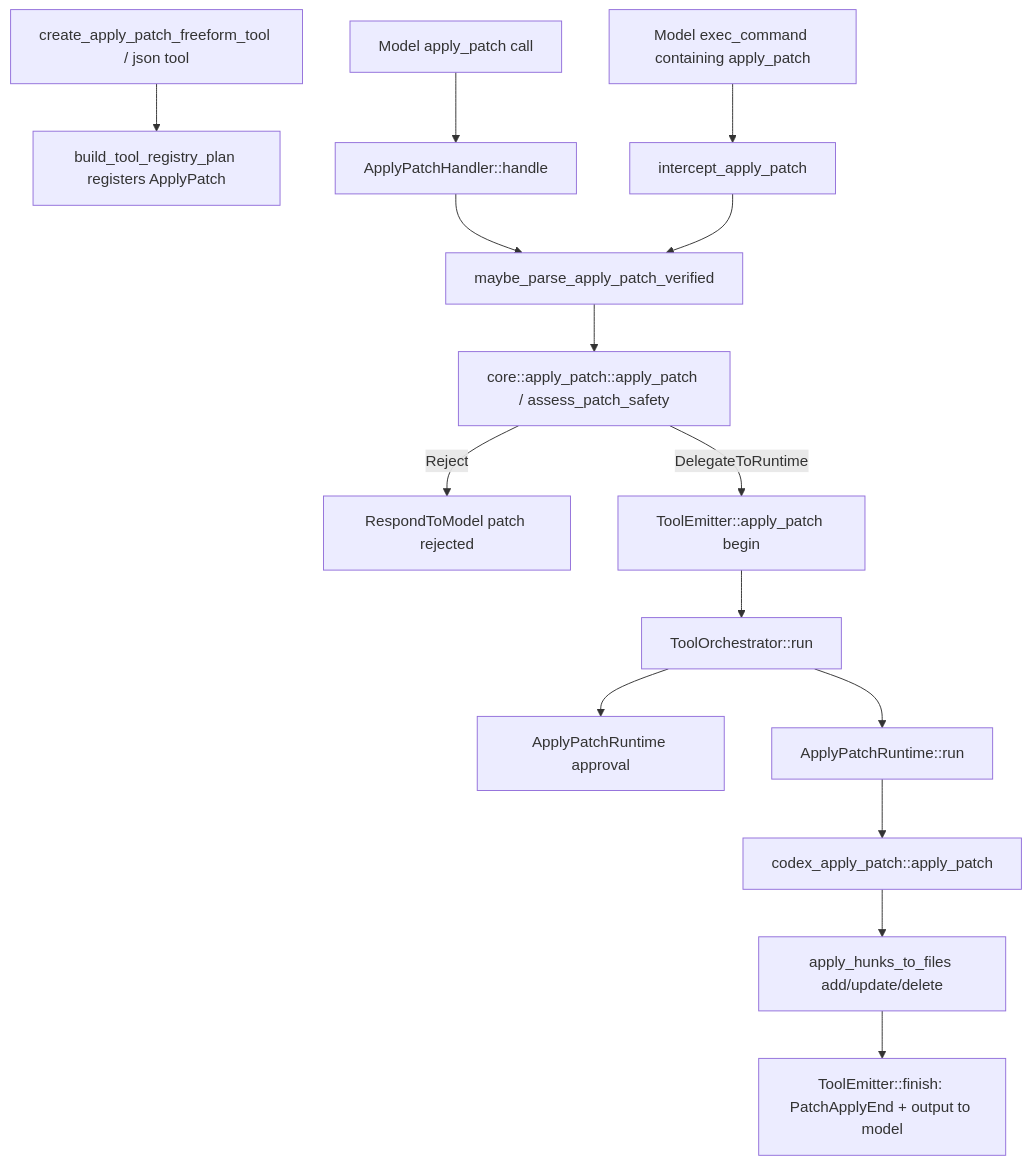
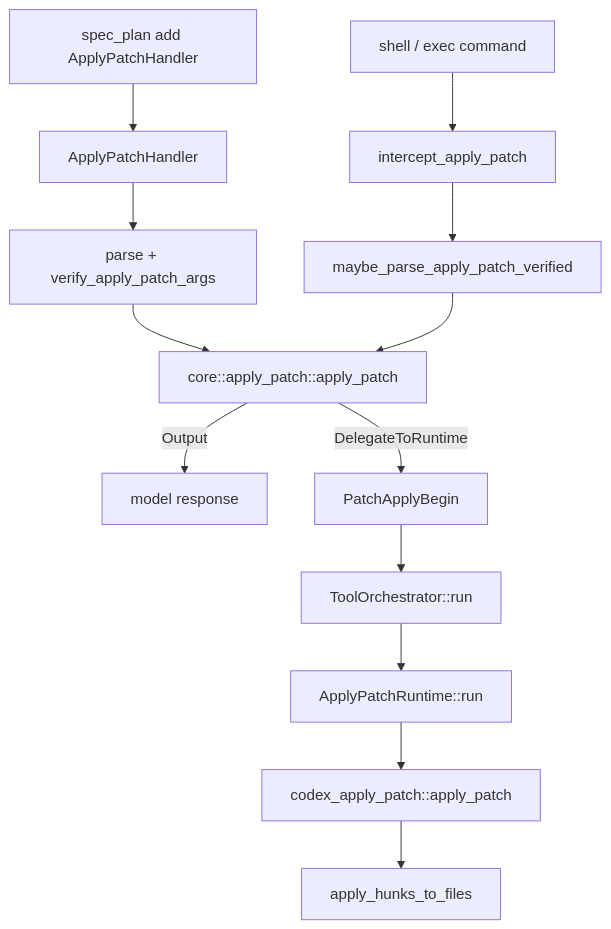
Before and after one commit to wdnmdtonyma/SOTA-Agent-LLM-Wiki: the diagram in docs/llm-wiki/codex/spine/trace-apply-patch.md, drawn with Mermaid. The commit also changed other lines of this file and 188 other files, not shown here.

````diff
--- a/docs/llm-wiki/codex/spine/trace-apply-patch.md
+++ b/docs/llm-wiki/codex/spine/trace-apply-patch.md
@@ -24,17 +24,15 @@
 ```mermaid
 flowchart TD
-    SPEC["create_apply_patch_freeform_tool / json tool"] --> PLAN["build_tool_registry_plan registers ApplyPatch"]
-    MODEL["Model apply_patch call"] --> HANDLER["ApplyPatchHandler::handle"]
-    SHELL["Model exec_command containing apply_patch"] --> INTERCEPT["intercept_apply_patch"]
-    HANDLER --> VERIFY["maybe_parse_apply_patch_verified"]
-    INTERCEPT --> VERIFY
-    VERIFY --> SAFETY["core::apply_patch::apply_patch / assess_patch_safety"]
-    SAFETY -->|Reject| MODELERR["RespondToModel patch rejected"]
-    SAFETY -->|DelegateToRuntime| EMITTER["ToolEmitter::apply_patch begin"]
-    EMITTER --> ORCH["ToolOrchestrator::run"]
-    ORCH --> APPROVAL["ApplyPatchRuntime approval"]
-    ORCH --> RUN["ApplyPatchRuntime::run"]
-    RUN --> LIB["codex_apply_patch::apply_patch"]
-    LIB --> FS["apply_hunks_to_files add/update/delete"]
-    FS --> END["ToolEmitter::finish: PatchApplyEnd + output to model"]
+    SPEC["spec_plan add ApplyPatchHandler"] --> DIRECT["ApplyPatchHandler"]
+    SHELL["shell / exec command"] --> INTERCEPT["intercept_apply_patch"]
+    DIRECT --> VERIFY["parse + verify_apply_patch_args"]
+    INTERCEPT --> VERIFY2["maybe_parse_apply_patch_verified"]
+    VERIFY --> SAFETY["core::apply_patch::apply_patch"]
+    VERIFY2 --> SAFETY
+    SAFETY -->|Output| MODEL["model response"]
+    SAFETY -->|DelegateToRuntime| EMIT["PatchApplyBegin"]
+    EMIT --> ORCH["ToolOrchestrator::run"]
+    ORCH --> RUNTIME["ApplyPatchRuntime::run"]
+    RUNTIME --> LIB["codex_apply_patch::apply_patch"]
+    LIB --> FS["apply_hunks_to_files"]
 ```
````
